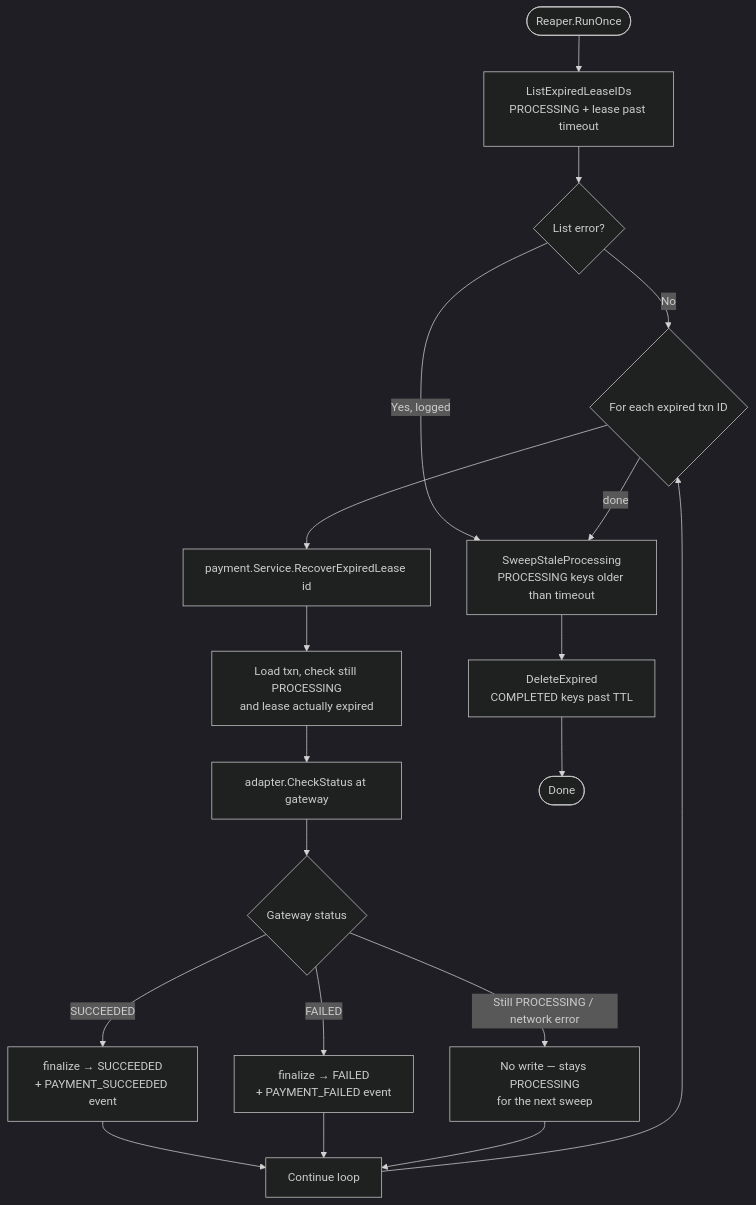
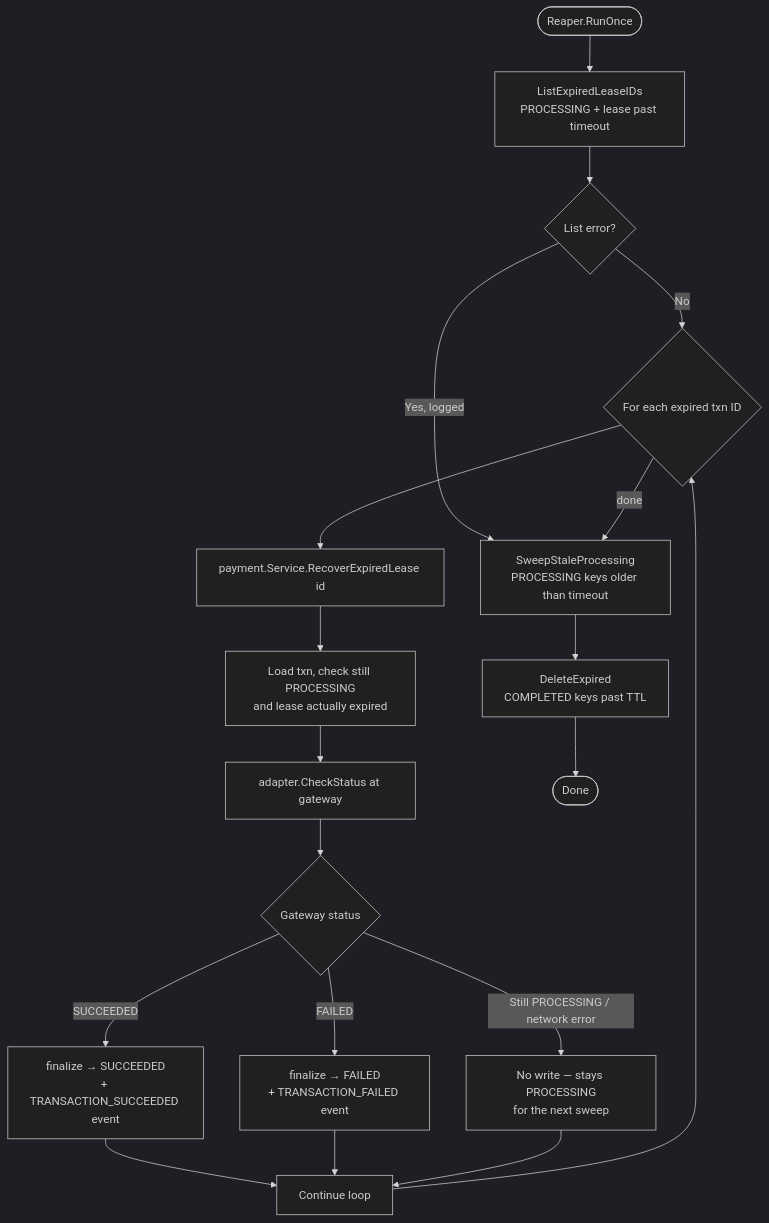
The tenth of 10 diagrams in README.md (flyluman/payment-service), drawn with Mermaid (dark theme) before and after one commit. The commit also changed other lines of this file and 246 other files, not shown here.

````diff
--- a/README.md
+++ b/README.md
@@ -569,24 +570,24 @@
 ```mermaid
 flowchart TD
     Start([Reaper.RunOnce]) --> List[ListExpiredLeaseIDs<br/>PROCESSING + lease past timeout]
     List --> ListErr{List error?}
     ListErr -->|Yes, logged| SweepIdem
     ListErr -->|No| Loop{For each expired txn ID}
 
     Loop --> Recover[payment.Service.RecoverExpiredLease id]
     Recover --> LoadTxn[Load txn, check still PROCESSING<br/>and lease actually expired]
     LoadTxn --> CheckStatus[adapter.CheckStatus at gateway]
     CheckStatus --> Outcome{Gateway status}
 
-    Outcome -->|SUCCEEDED| FinalizeOK[finalize → SUCCEEDED<br/>+ PAYMENT_SUCCEEDED event]
-    Outcome -->|FAILED| FinalizeFail[finalize → FAILED<br/>+ PAYMENT_FAILED event]
+    Outcome -->|SUCCEEDED| FinalizeOK[finalize → SUCCEEDED<br/>+ TRANSACTION_SUCCEEDED event]
+    Outcome -->|FAILED| FinalizeFail[finalize → FAILED<br/>+ TRANSACTION_FAILED event]
     Outcome -->|Still PROCESSING / network error| LeaveAlone[No write — stays PROCESSING<br/>for the next sweep]
 
     FinalizeOK --> NextTxn[Continue loop]
     FinalizeFail --> NextTxn
     LeaveAlone --> NextTxn
     NextTxn --> Loop
     Loop -->|done| SweepIdem[SweepStaleProcessing<br/>PROCESSING keys older than timeout]
     SweepIdem --> DeleteExp[DeleteExpired<br/>COMPLETED keys past TTL]
     DeleteExp --> End([Done])
 ```
````
